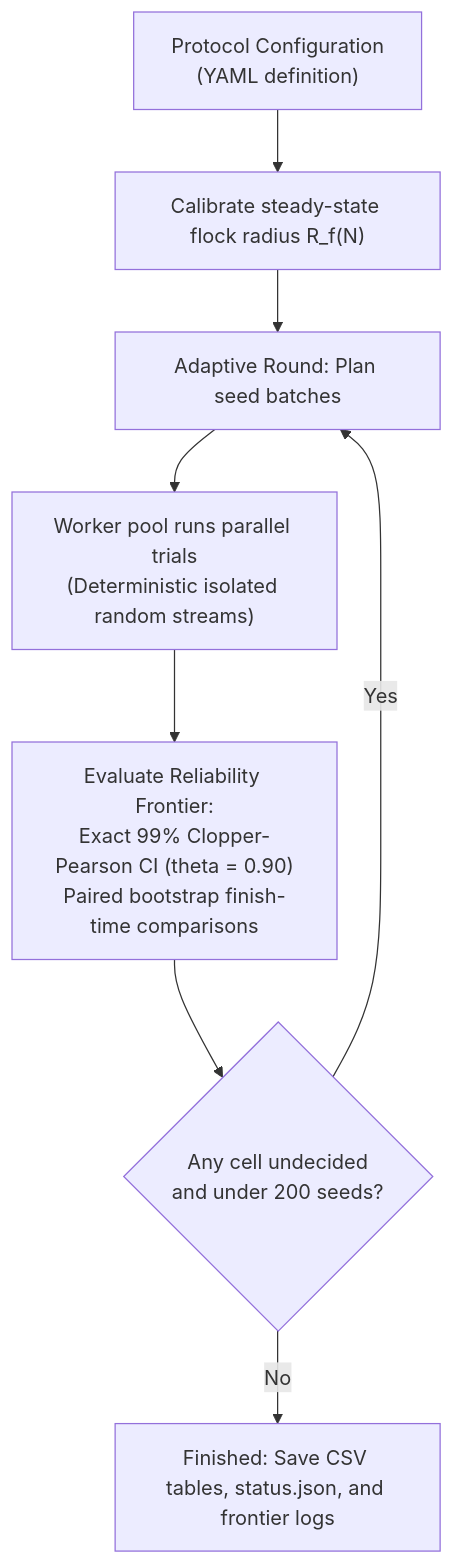
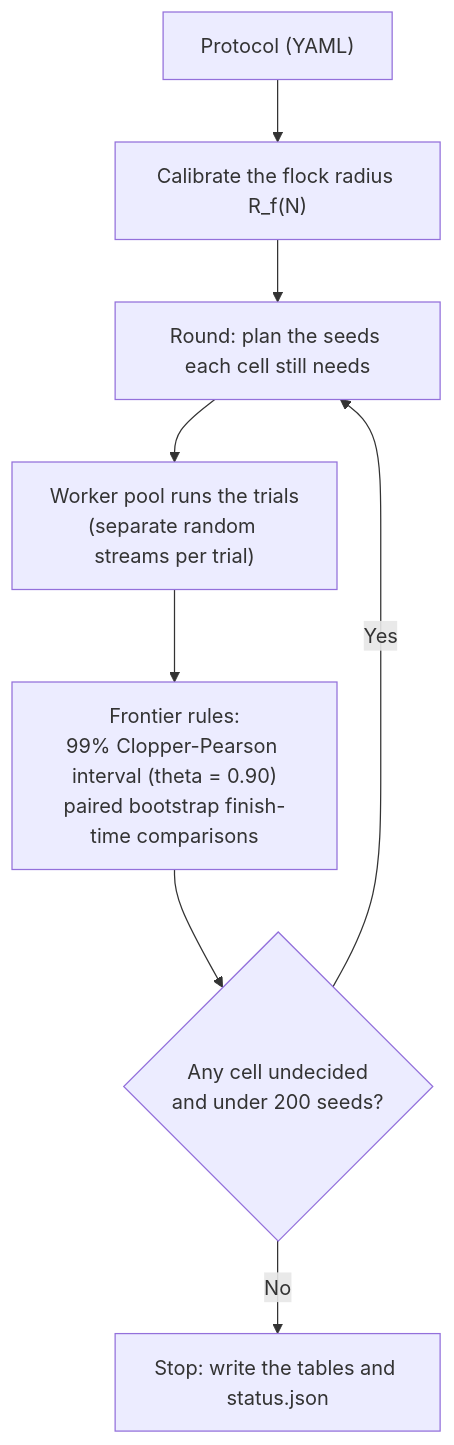
One commit to lykimq/HerdSim changed the diagram in docs/experiments/task_design.md. Above: the diagram before and after it, drawn with Mermaid. The commit also changed other lines of this file and 17 other files, not shown here.

Commit message:
update the figure for lama

````diff
--- a/docs/experiments/task_design.md
+++ b/docs/experiments/task_design.md
@@ -142,11 +149,11 @@
 ```mermaid
 flowchart TD
-    P["Protocol Configuration<br/>(YAML definition)"] --> CAL["Calibrate steady-state flock radius R_f(N)"]
-    CAL --> R["Adaptive Round: Plan seed batches"]
-    R --> W["Worker pool runs parallel trials<br/>(Deterministic isolated random streams)"]
-    W --> F["Evaluate Reliability Frontier:<br/>Exact 99% Clopper-Pearson CI (theta = 0.90)<br/>Paired bootstrap finish-time comparisons"]
+    P["Protocol (YAML)"] --> CAL["Calibrate the flock radius R_f(N)"]
+    CAL --> R["Round: plan the seeds each cell still needs"]
+    R --> W["Worker pool runs the trials<br/>(separate random streams per trial)"]
+    W --> F["Frontier rules:<br/>99% Clopper-Pearson interval (theta = 0.90)<br/>paired bootstrap finish-time comparisons"]
     Q{"Any cell undecided<br/>and under 200 seeds?"}
     F --> Q
     Q -- Yes --> R
-    Q -- No --> S["Finished: Save CSV tables, status.json, and frontier logs"]
+    Q -- No --> S["Stop: write the tables and status.json"]
 ```
````
